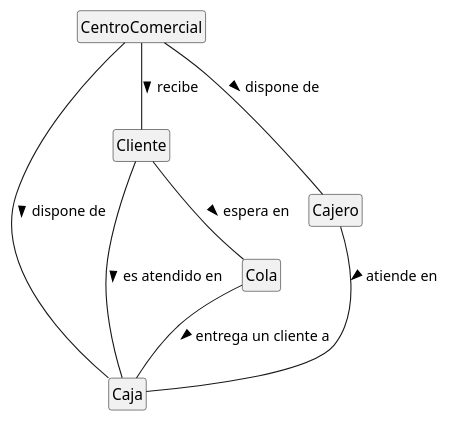
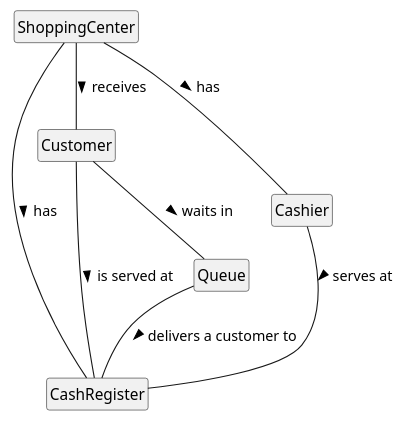
The diagram in modelosUML/MdD.dc.puml (mmasias/pyCCCF), drawn with PlantUML before and after one commit. The commit also changed 5 other files, not shown here.

```diff
--- a/modelosUML/MdD.dc.puml
+++ b/modelosUML/MdD.dc.puml
@@ -1,17 +1,17 @@
 hide circle
 hide stereotype
 hide empty members
 
-CentroComercial -- Caja:> dispone de
-CentroComercial -- Cliente:> recibe
-CentroComercial -- Cajero:> dispone de
+ShoppingCenter -- CashRegister:> has
+ShoppingCenter -- Customer:> receives
+ShoppingCenter -- Cashier:> has
 
-'Cajero -u-|> Persona
-'Cliente -u-|> Persona
+'Cashier -u-|> Person
+'Customer -u-|> Person
 
-Cajero -- Caja:> atiende en
+Cashier -- CashRegister:> serves at
 
-Cliente -- Cola:> espera en
+Customer -- Queue:> waits in
 
-Cola -- Caja:> entrega un cliente a
-Cliente -- Caja:> es atendido en
+Queue -- CashRegister:> delivers a customer to
+Customer -- CashRegister:> is served at
```
